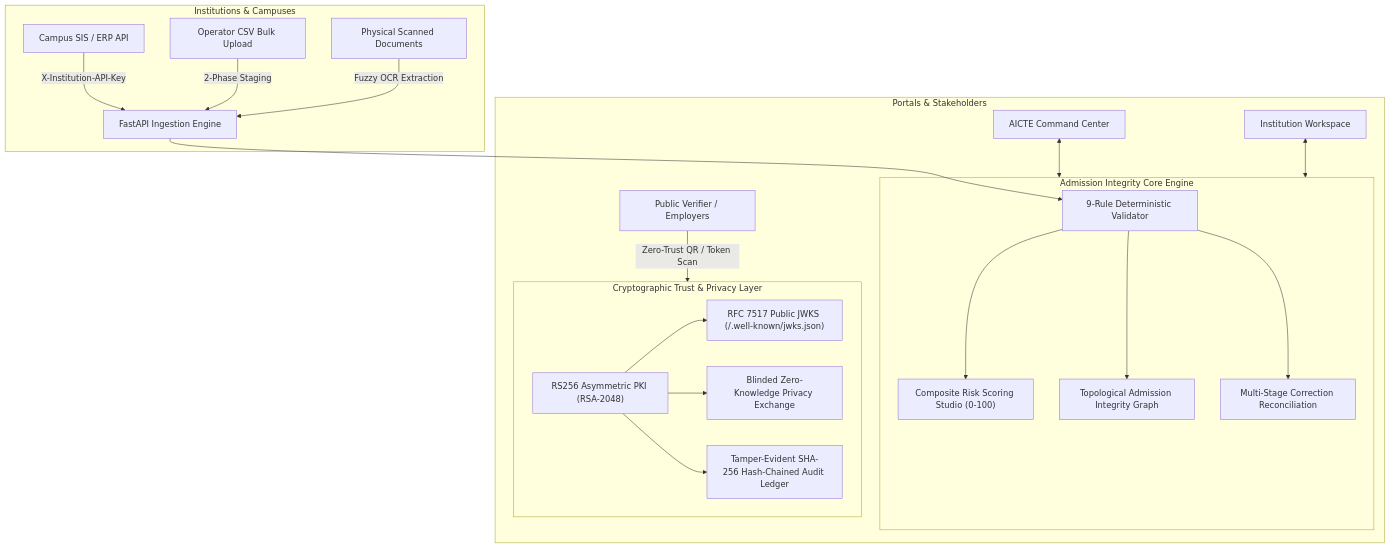
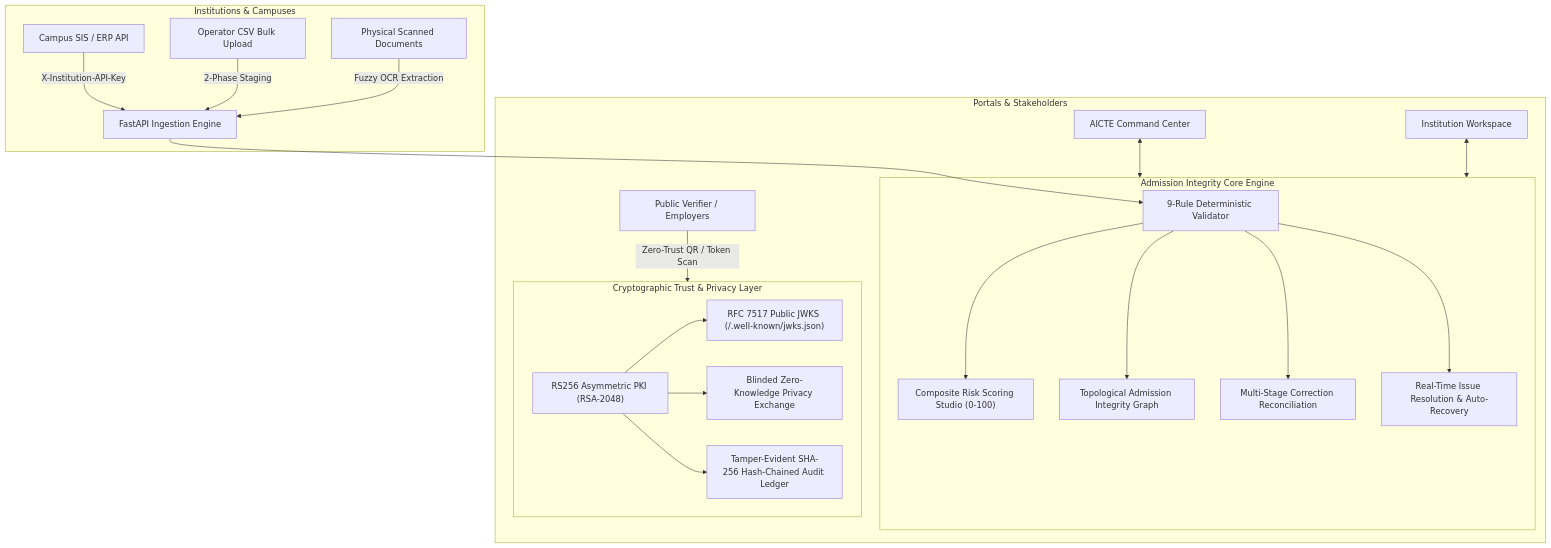
One commit to Keerthivardhan08/apaar-verify changed the diagram in README.md. Above: the diagram before and after it, drawn with Mermaid. The commit also changed other lines of this file and 9 other files, not shown here.

Commit message:
feat: complete production cloud deployment (Render & Docker), real-time issue resolution engine, and statutory compliance features

````diff
--- a/README.md
+++ b/README.md
@@ -17,27 +53,28 @@
 ```mermaid
 flowchart TD
     subgraph Institutions["Institutions & Campuses"]
         A[Campus SIS / ERP API] -->|X-Institution-API-Key| G[FastAPI Ingestion Engine]
         B[Operator CSV Bulk Upload] -->|2-Phase Staging| G
         C[Physical Scanned Documents] -->|Fuzzy OCR Extraction| G
     end
 
     subgraph CoreEngine["Admission Integrity Core Engine"]
         G --> H["9-Rule Deterministic Validator"]
         H --> I["Composite Risk Scoring Studio (0-100)"]
         H --> J["Topological Admission Integrity Graph"]
         H --> K["Multi-Stage Correction Reconciliation"]
+        H --> L2["Real-Time Issue Resolution & Auto-Recovery"]
     end
 
     subgraph SecurityTrust["Cryptographic Trust & Privacy Layer"]
         L["RS256 Asymmetric PKI (RSA-2048)"] --> M["RFC 7517 Public JWKS (/.well-known/jwks.json)"]
         L --> N["Blinded Zero-Knowledge Privacy Exchange"]
         L --> O["Tamper-Evident SHA-256 Hash-Chained Audit Ledger"]
     end
 
     subgraph Stakeholders["Portals & Stakeholders"]
         P["AICTE Command Center"] <--> CoreEngine
         Q["Institution Workspace"] <--> CoreEngine
         R["Public Verifier / Employers"] -->|Zero-Trust QR / Token Scan| SecurityTrust
     end
 ```
````
